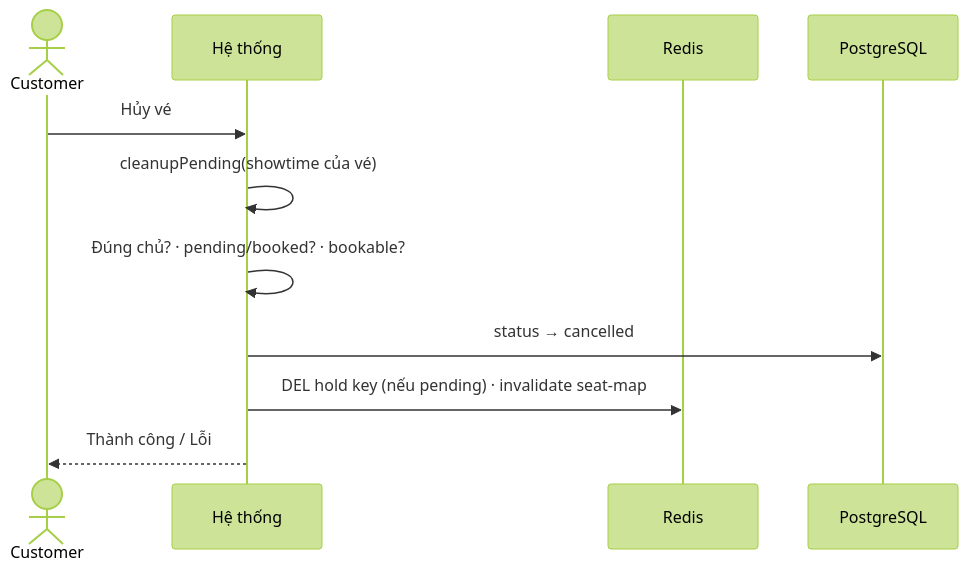
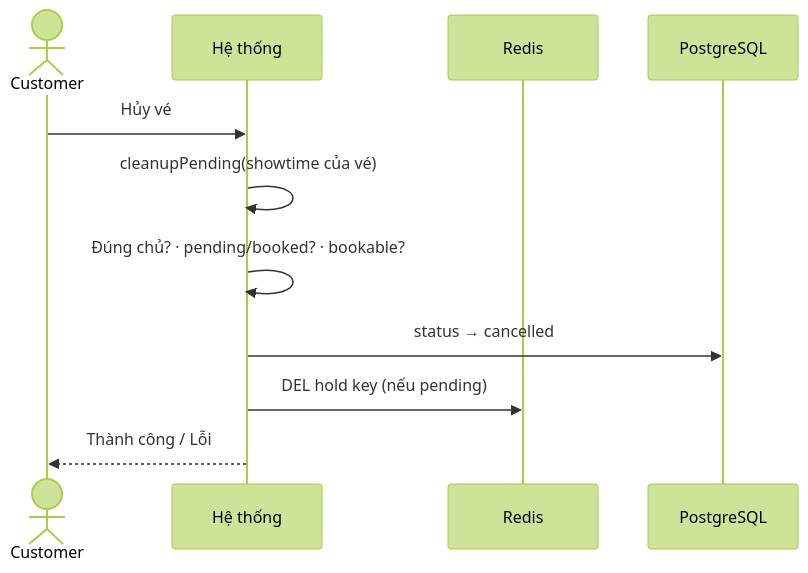
The sixth of 11 diagrams in myproject/SPEC.md (Hoangvu2911/SBU5_learnPython), drawn with Mermaid (forest theme) before and after one commit. The commit also changed other lines of this file and 15 other files, not shown here.

````diff
--- a/myproject/SPEC.md
+++ b/myproject/SPEC.md
@@ -390,14 +381,14 @@
 ```mermaid
 sequenceDiagram
   actor C as Customer
   participant S as Hệ thống
   participant R as Redis
   participant DB as PostgreSQL
 
   C->>S: Hủy vé
   S->>S: cleanupPending(showtime của vé)
   S->>S: Đúng chủ? · pending/booked? · bookable?
   S->>DB: status → cancelled
-  S->>R: DEL hold key (nếu pending) · invalidate seat-map
+  S->>R: DEL hold key (nếu pending)
   S-->>C: Thành công / Lỗi
 ```
````
